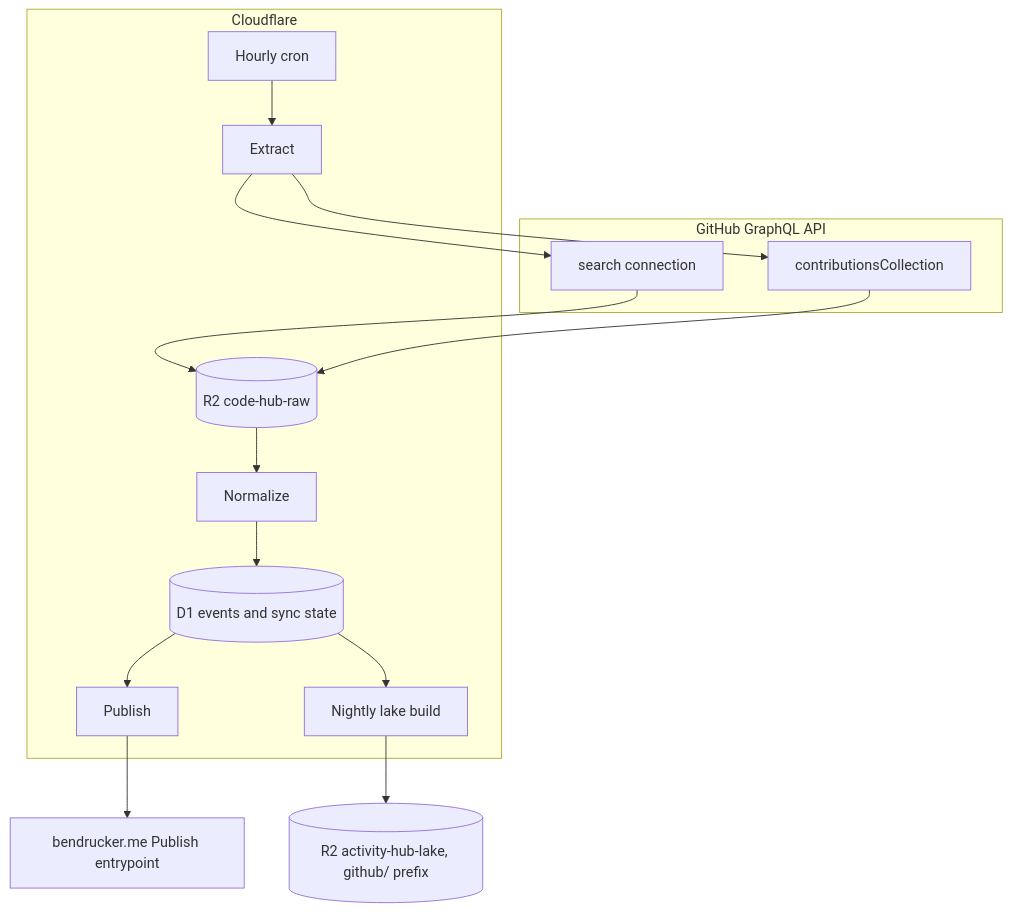
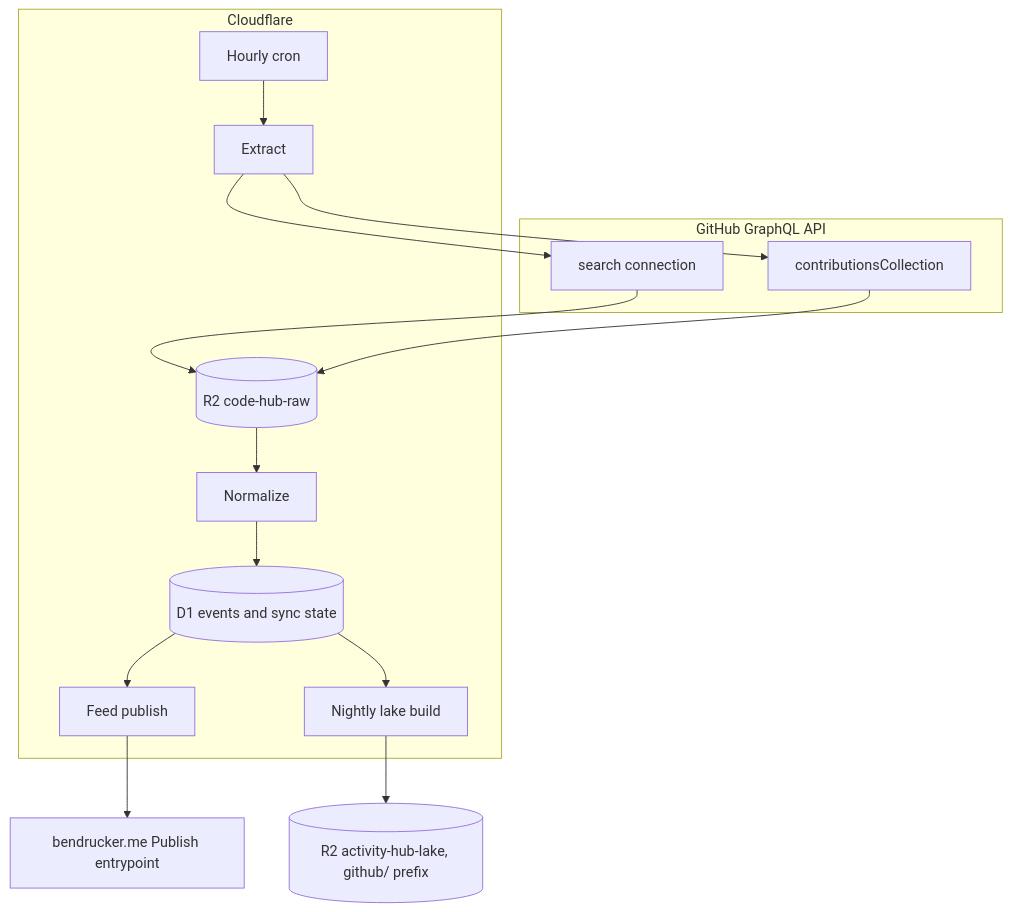
The diagram in docs/design.md (bendrucker/code-hub), drawn with Mermaid before and after one commit. The commit also changed other lines of this file and 1 other file, not shown here.

````diff
--- a/docs/design.md
+++ b/docs/design.md
@@ -25,29 +25,29 @@
 ```mermaid
 flowchart TB
     subgraph gh [GitHub GraphQL API]
         search[search connection]
         contrib[contributionsCollection]
     end
 
     subgraph cf [Cloudflare]
         cron[Hourly cron]
         extract[Extract]
         normalize[Normalize]
         raw[(R2 code-hub-raw)]
         d1[(D1 events and sync state)]
-        publish[Publish]
+        feed[Feed publish]
         lakebuild[Nightly lake build]
     end
 
     lake[(R2 activity-hub-lake, github/ prefix)]
     site[bendrucker.me Publish entrypoint]
 
     cron --> extract
     extract --> search
     extract --> contrib
     search --> raw
     contrib --> raw
     raw --> normalize --> d1
-    d1 --> publish --> site
+    d1 --> feed --> site
     d1 --> lakebuild --> lake
 ```
````
